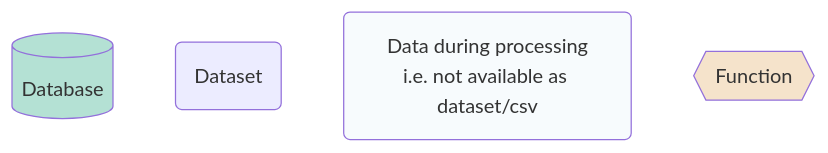
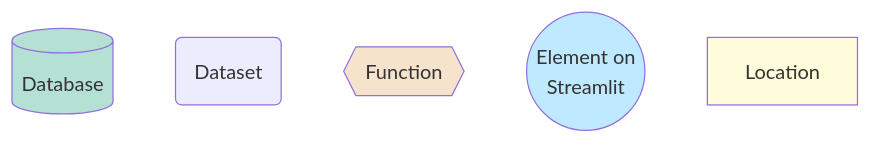
One commit to kailo-beewell/synthetic_standard_school_dashboards changed the first of 2 diagrams in data_structures_guide.md. Above: the diagram before and after it, drawn with Mermaid. The commit also changed other lines of this file, not shown here.

Commit message:
Completed flow diagram

````diff
--- a/data_structures_guide.md
+++ b/data_structures_guide.md
@@ -8,19 +8,22 @@
 ```mermaid
   graph TD;
     d[(Database)]; 
     r(Dataset);
-    i(Data during processing<br>i.e. not available as dataset/csv);
     f{{Function}}
+    p((Element on<br>Streamlit));
+    sub[Location];
 
     %% Add custom colour to nodes
 
     classDef database fill:#b4e1d4;
     class d database;
 
-    classDef process fill:#F7FBFD;
-    class i process;
-
     classDef function fill:#f5e3cb;
     class f function;
-    
+
+    classDef streamlit fill:#bfe9ff;
+    class p streamlit;
+
+    classDef subg fill:#fffcdc;
+    class sub subg;
 ```
````
